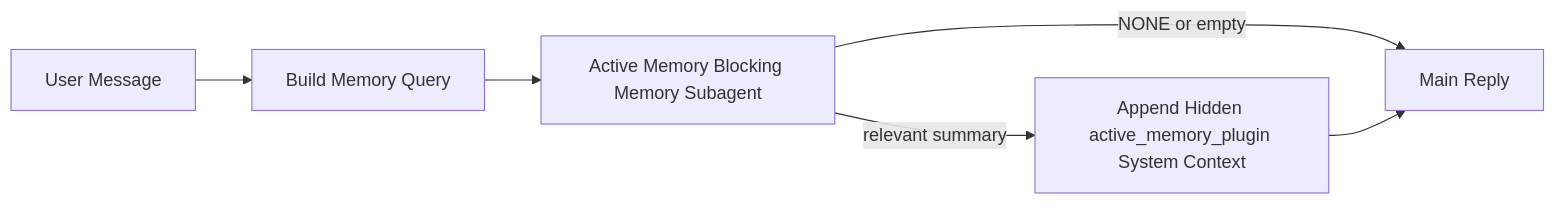
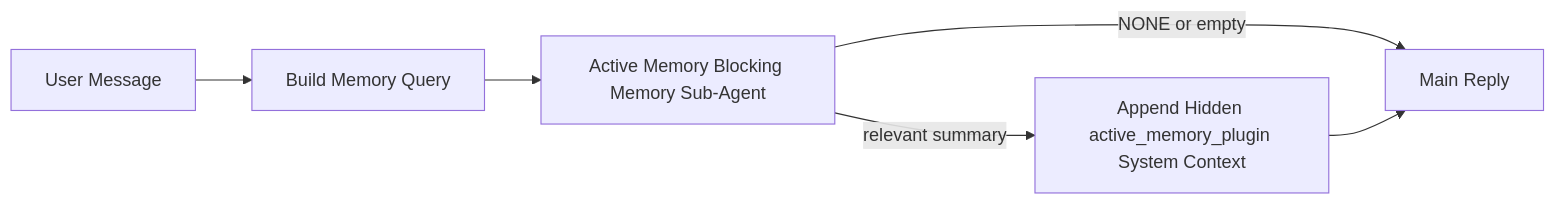
The diagram in docs/concepts/active-memory.md (openclaw/openclaw), drawn with Mermaid before and after one commit. The commit also changed other lines of this file and 4 other files, not shown here.

Commit message:
Rename active memory subagent wording

````diff
--- a/docs/concepts/active-memory.md
+++ b/docs/concepts/active-memory.md
@@ -251,8 +251,8 @@
 ```mermaid
 flowchart LR
   U["User Message"] --> Q["Build Memory Query"]
-  Q --> R["Active Memory Blocking Memory Subagent"]
+  Q --> R["Active Memory Blocking Memory Sub-Agent"]
   R -->|NONE or empty| M["Main Reply"]
   R -->|relevant summary| I["Append Hidden active_memory_plugin System Context"]
   I --> M["Main Reply"]
 ```
````
